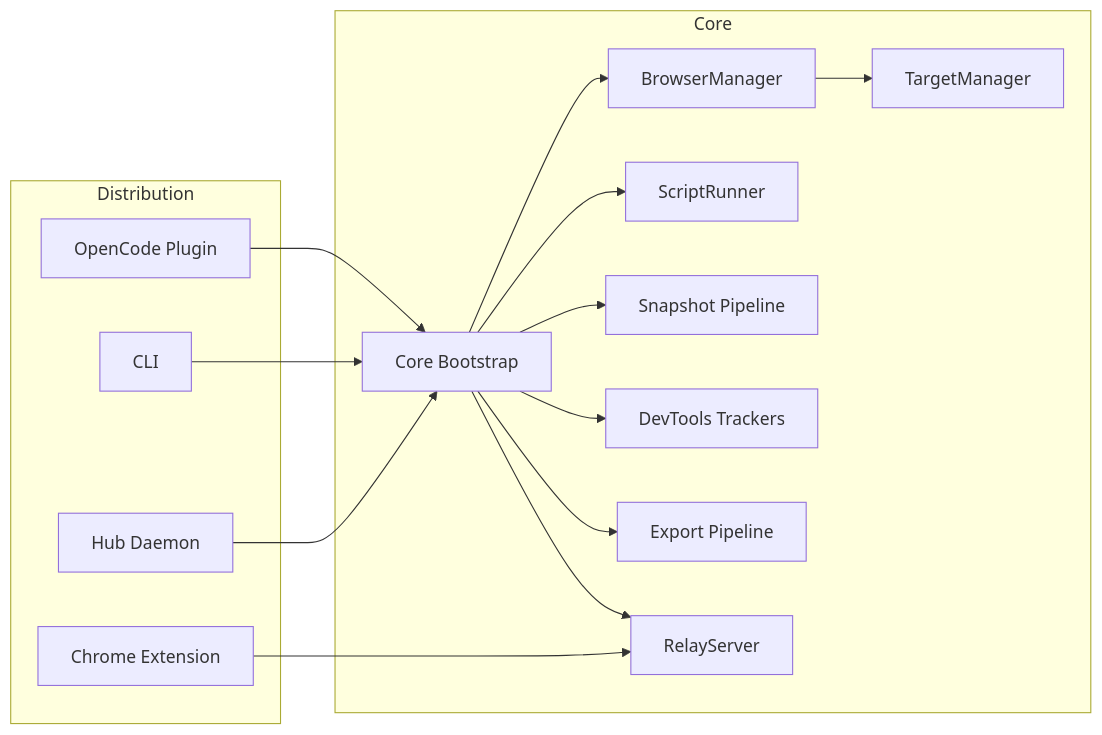
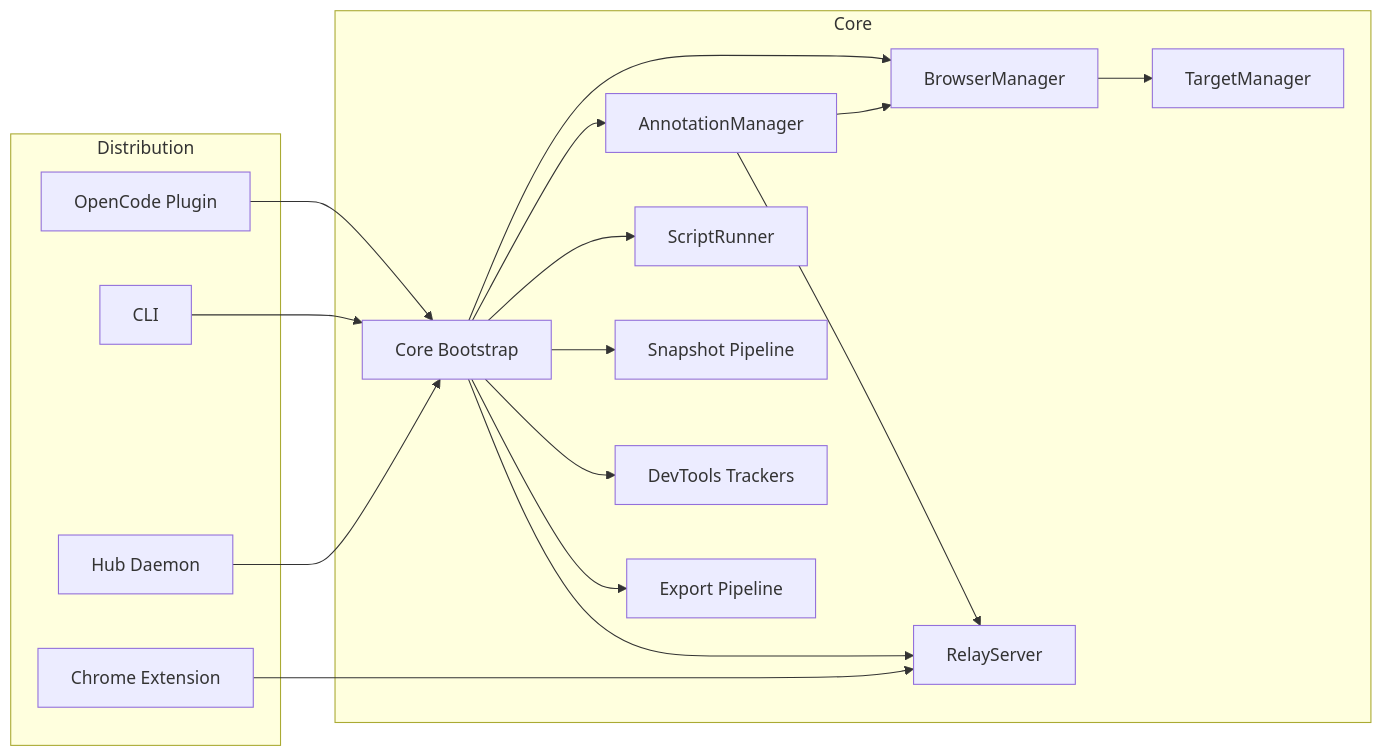
The first of 3 diagrams in docs/ARCHITECTURE.md (freshtechbro/opendevbrowser), drawn with Mermaid before and after one commit. The commit also changed other lines of this file and 116 other files, not shown here.

````diff
--- a/docs/ARCHITECTURE.md
+++ b/docs/ARCHITECTURE.md
@@ -22,33 +25,37 @@
 ```mermaid
 flowchart LR
   subgraph Distribution
     Plugin[OpenCode Plugin]
     CLI[CLI]
     Hub[Hub Daemon]
     Extension[Chrome Extension]
   end
 
   subgraph Core
     CoreBootstrap[Core Bootstrap]
     BrowserManager[BrowserManager]
     TargetManager[TargetManager]
+    AnnotationManager[AnnotationManager]
     ScriptRunner[ScriptRunner]
     Snapshotter[Snapshot Pipeline]
     Devtools[DevTools Trackers]
     Exporter[Export Pipeline]
     Relay[RelayServer]
   end
 
   Plugin --> CoreBootstrap
   CLI --> CoreBootstrap
   Hub --> CoreBootstrap
   Extension --> Relay
 
   CoreBootstrap --> BrowserManager
   BrowserManager --> TargetManager
+  CoreBootstrap --> AnnotationManager
+  AnnotationManager --> BrowserManager
+  AnnotationManager --> Relay
   CoreBootstrap --> ScriptRunner
   CoreBootstrap --> Snapshotter
   CoreBootstrap --> Devtools
   CoreBootstrap --> Exporter
   CoreBootstrap --> Relay
 ```
````
